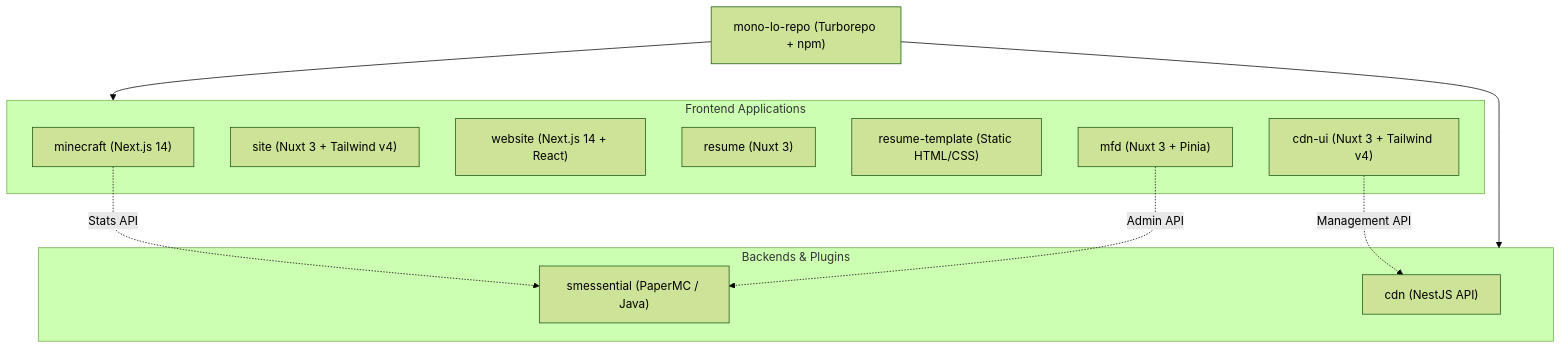
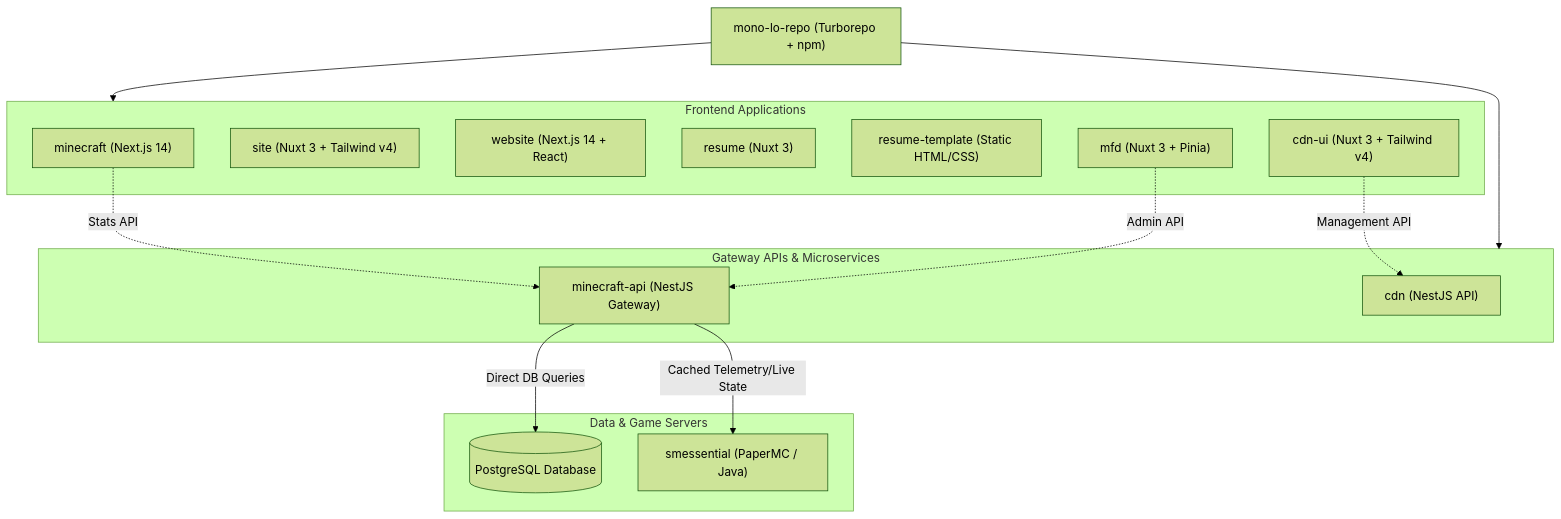
The diagram in README.md (smonolo/mono-lo-repo), drawn with Mermaid (forest theme) before and after one commit. The commit also changed other lines of this file and 31 other files, not shown here.

Commit message:
feat: add minecraft-api

````diff
--- a/README.md
+++ b/README.md
@@ -41,25 +43,32 @@
 ```mermaid
 graph TD
     Root["mono-lo-repo (Turborepo + npm)"]
 
     subgraph Frontends["Frontend Applications"]
         MINECRAFT["minecraft (Next.js 14)"]
         SITE["site (Nuxt 3 + Tailwind v4)"]
         WEBSITE["website (Next.js 14 + React)"]
         RESUME["resume (Nuxt 3)"]
         RESUME_TEMP["resume-template (Static HTML/CSS)"]
         MFD["mfd (Nuxt 3 + Pinia)"]
         CDN_UI["cdn-ui (Nuxt 3 + Tailwind v4)"]
     end
 
-    subgraph Backends["Backends & Plugins"]
+    subgraph Gateways["Gateway APIs & Microservices"]
         CDN["cdn (NestJS API)"]
+        MC_API["minecraft-api (NestJS Gateway)"]
+    end
+
+    subgraph StorageAndPlugin["Data & Game Servers"]
+        PG[("PostgreSQL Database")]
         SMESSENTIAL["smessential (PaperMC / Java)"]
     end
 
     Root --> Frontends
-    Root --> Backends
-    MINECRAFT -. Stats API .-> SMESSENTIAL
-    MFD -. Admin API .-> SMESSENTIAL
+    Root --> Gateways
+    MINECRAFT -. Stats API .-> MC_API
+    MFD -. Admin API .-> MC_API
     CDN_UI -. Management API .-> CDN
+    MC_API -->|Direct DB Queries| PG
+    MC_API -->|Cached Telemetry/Live State| SMESSENTIAL
 ```
````
